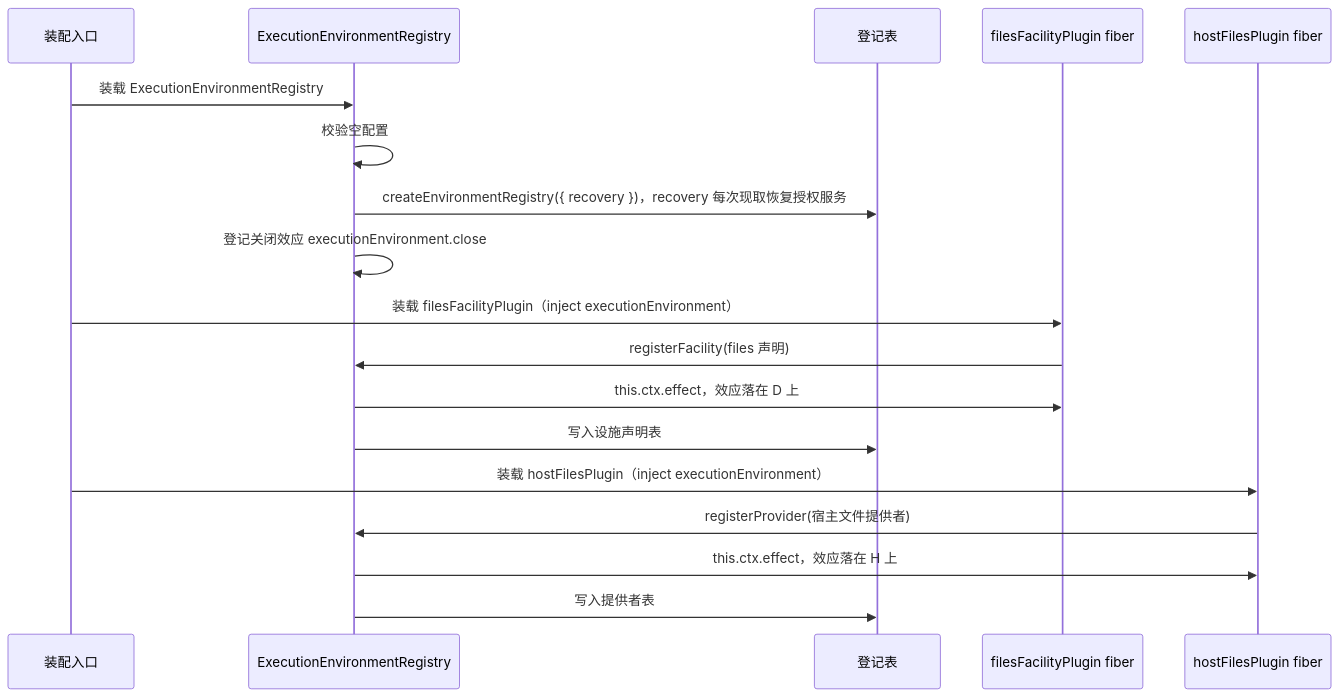
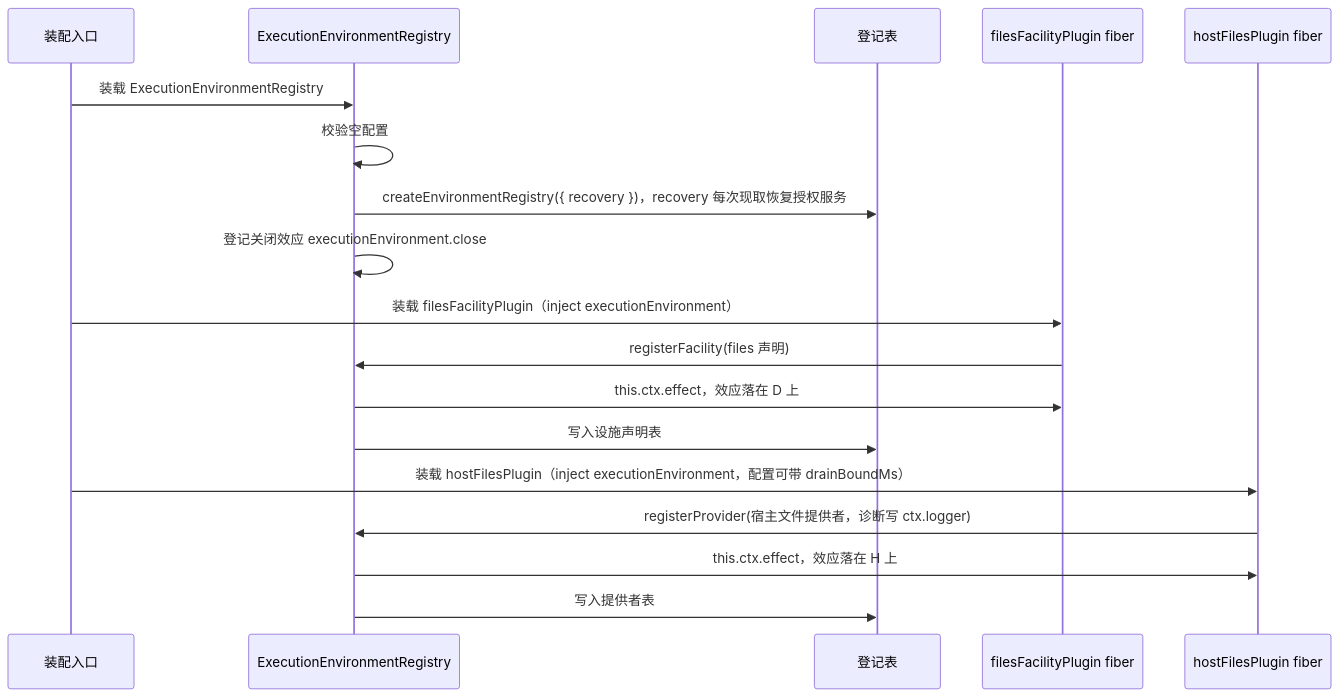
The first of 3 diagrams in packages/execution/execution-environment-host-local/docs/flows.md (nemori-ai/omne-harness-lite), drawn with Mermaid before and after one commit. The commit also changed other lines of this file and 50 other files, not shown here.

````diff
--- a/packages/execution/execution-environment-host-local/docs/flows.md
+++ b/packages/execution/execution-environment-host-local/docs/flows.md
@@ -13,20 +13,20 @@
 ```mermaid
 sequenceDiagram
   participant A as 装配入口
   participant S as ExecutionEnvironmentRegistry
   participant R as 登记表
   participant D as filesFacilityPlugin fiber
   participant H as hostFilesPlugin fiber
   A->>S: 装载 ExecutionEnvironmentRegistry
   S->>S: 校验空配置
   S->>R: createEnvironmentRegistry({ recovery })，recovery 每次现取恢复授权服务
   S->>S: 登记关闭效应 executionEnvironment.close
   A->>D: 装载 filesFacilityPlugin（inject executionEnvironment）
   D->>S: registerFacility(files 声明)
   S->>D: this.ctx.effect，效应落在 D 上
   S->>R: 写入设施声明表
-  A->>H: 装载 hostFilesPlugin（inject executionEnvironment）
-  H->>S: registerProvider(宿主文件提供者)
+  A->>H: 装载 hostFilesPlugin（inject executionEnvironment，配置可带 drainBoundMs）
+  H->>S: registerProvider(宿主文件提供者，诊断写 ctx.logger)
   S->>H: this.ctx.effect，效应落在 H 上
   S->>R: 写入提供者表
 ```
````
